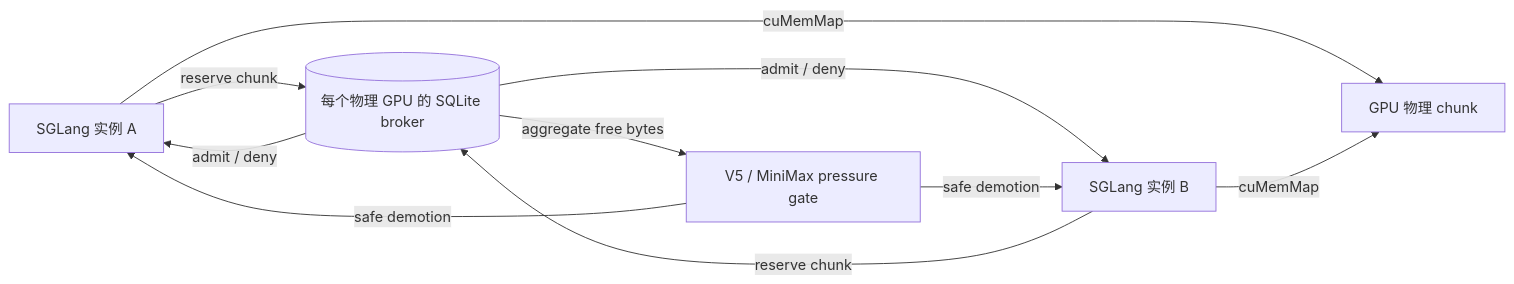
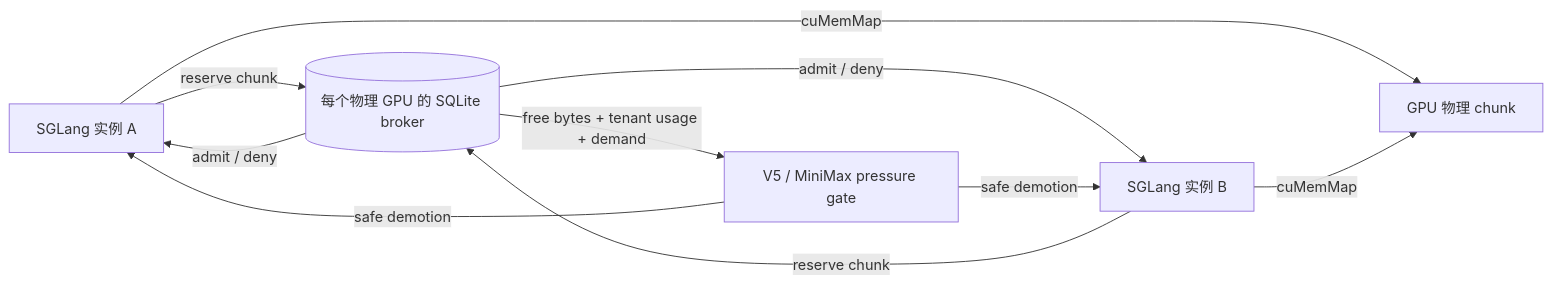
One commit to 6Mikao9/elastic-kv-vmm changed the diagram in docs/GLOBAL_VMM_BROKER_ZH.md. Above: the diagram before and after it, drawn with Mermaid. The commit also changed other lines of this file and 17 other files, not shown here.

````diff
--- a/docs/GLOBAL_VMM_BROKER_ZH.md
+++ b/docs/GLOBAL_VMM_BROKER_ZH.md
@@ -19,12 +21,12 @@
 ```mermaid
 flowchart LR
     A[SGLang 实例 A] -->|reserve chunk| B[(每个物理 GPU 的 SQLite broker)]
     C[SGLang 实例 B] -->|reserve chunk| B
     B -->|admit / deny| A
     B -->|admit / deny| C
     A -->|cuMemMap| D[GPU 物理 chunk]
     C -->|cuMemMap| D
-    B -->|aggregate free bytes| E[V5 / MiniMax pressure gate]
+    B -->|free bytes + tenant usage + demand| E[V5 / MiniMax pressure gate]
     E -->|safe demotion| A
     E -->|safe demotion| C
 ```
````
